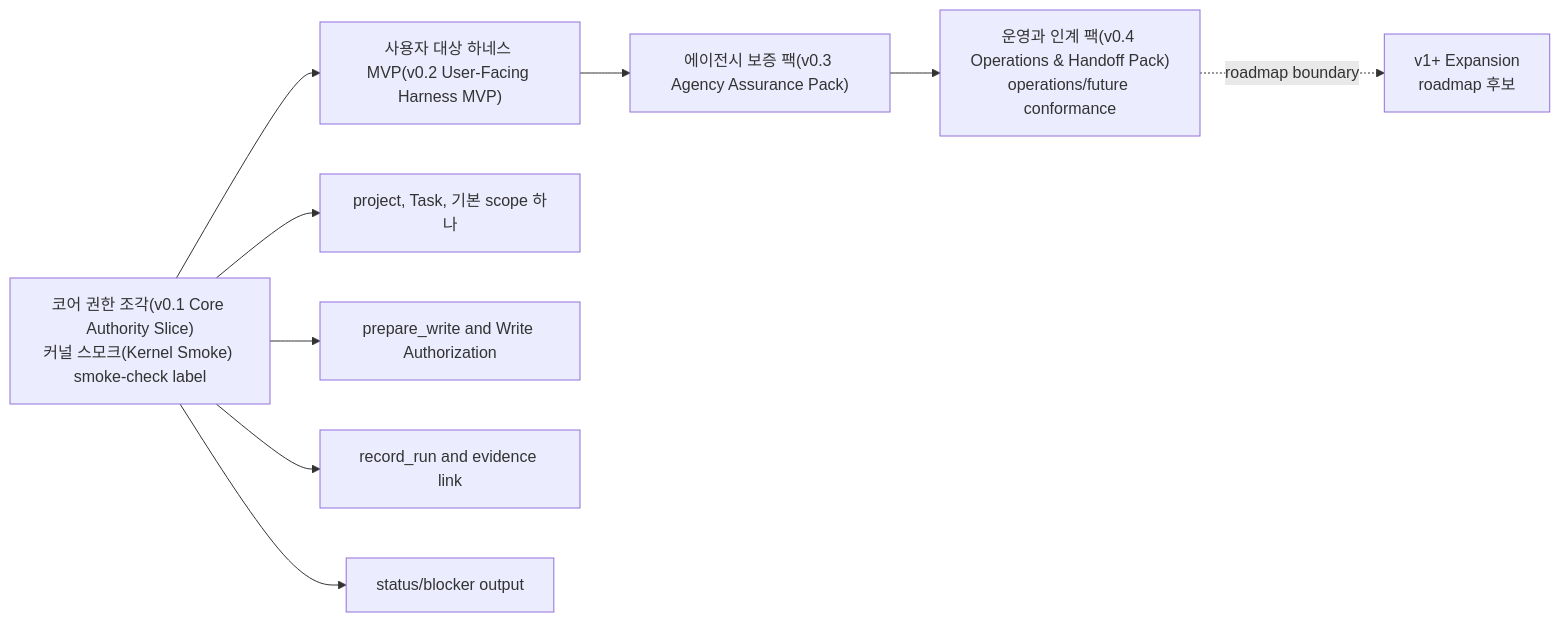
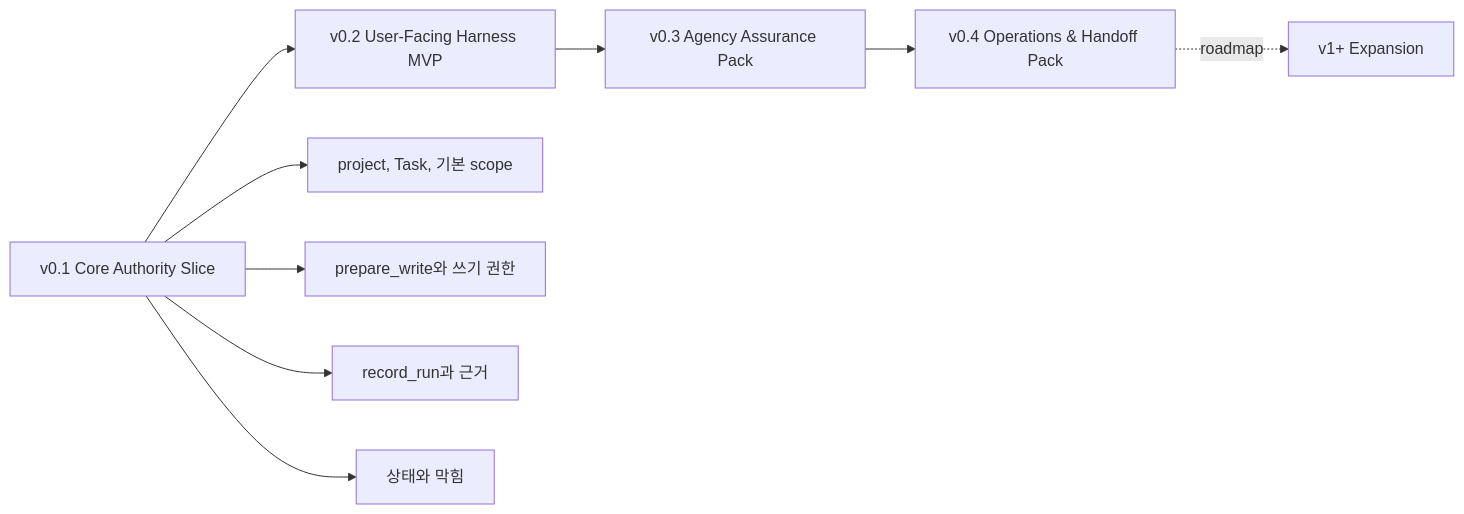
The second of 11 diagrams in docs/ko/reference/operations-and-conformance.md (minjungw00/Harness_Project), drawn with Mermaid before and after one commit. The commit also changed other lines of this file and 20 other files, not shown here.

Commit message:
docs: refresh diagrams for staged authority model

````diff
--- a/docs/ko/reference/operations-and-conformance.md
+++ b/docs/ko/reference/operations-and-conformance.md
@@ -155,11 +155,11 @@
 ```mermaid
 flowchart LR
-  Kernel["코어 권한 조각(v0.1 Core Authority Slice)<br/>커널 스모크(Kernel Smoke) smoke-check label"] --> MVP["사용자 대상 하네스 MVP(v0.2 User-Facing Harness MVP)"]
-  MVP --> Agency["에이전시 보증 팩(v0.3 Agency Assurance Pack)"]
-  Agency --> Ops["운영과 인계 팩(v0.4 Operations & Handoff Pack)<br/>operations/future conformance"]
-  Ops -. roadmap boundary .-> Expansion["v1+ Expansion<br/>roadmap 후보"]
-  Kernel --> K1["project, Task, 기본 scope 하나"]
-  Kernel --> K2["prepare_write and Write Authorization"]
-  Kernel --> K3["record_run and evidence link"]
-  Kernel --> K4["status/blocker output"]
+  Kernel["v0.1 Core Authority Slice"] --> MVP["v0.2 User-Facing Harness MVP"]
+  MVP --> Agency["v0.3 Agency Assurance Pack"]
+  Agency --> Ops["v0.4 Operations & Handoff Pack"]
+  Ops -. roadmap .-> Expansion["v1+ Expansion"]
+  Kernel --> K1["project, Task, 기본 scope"]
+  Kernel --> K2["prepare_write와 쓰기 권한"]
+  Kernel --> K3["record_run과 근거"]
+  Kernel --> K4["상태와 막힘"]
 ```
````
